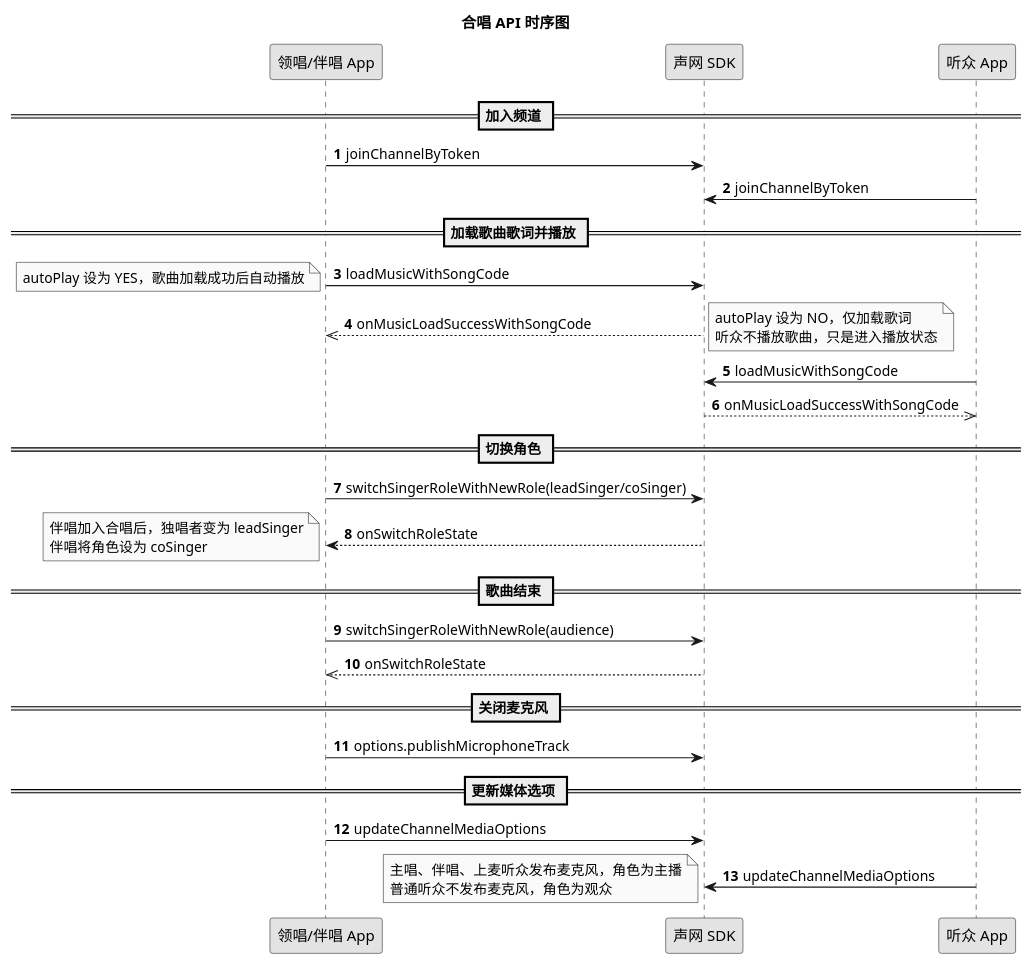
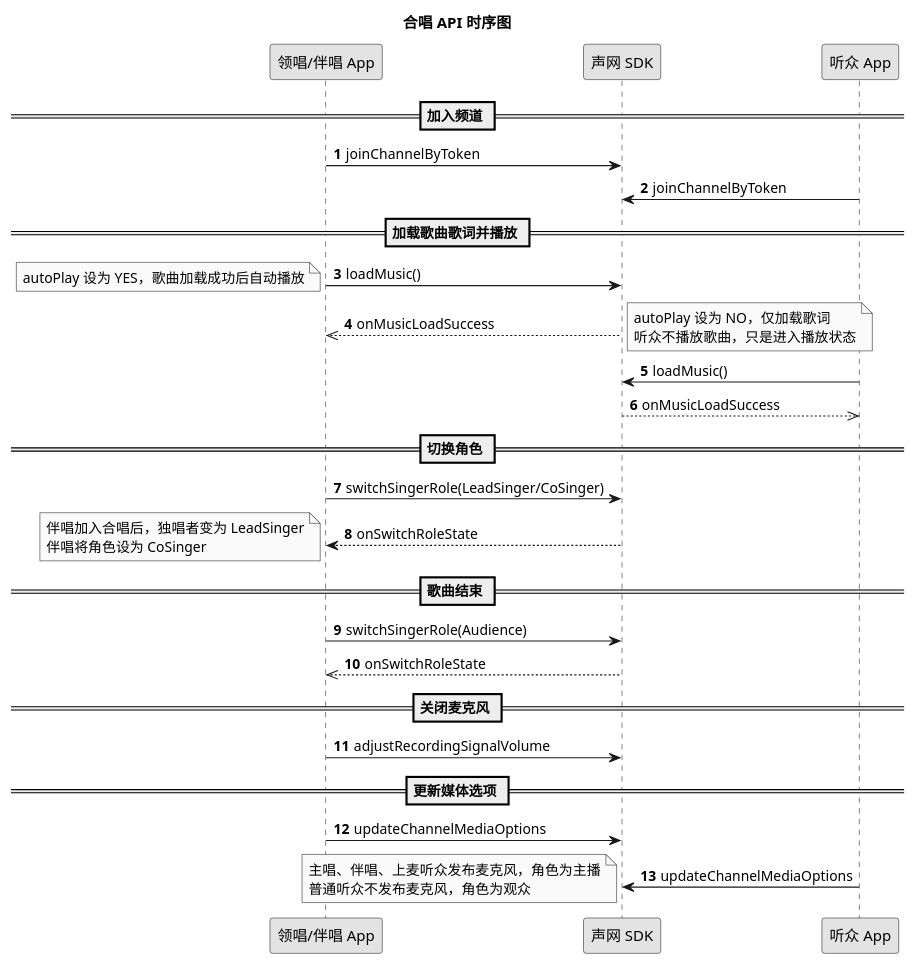
One commit to AgoraIO/agora_doc_source changed the diagram in markdown/online-ktv/改进/场景化方案/iOS/实现文档/合唱.wsd. Above: the diagram before and after it, drawn with PlantUML. The commit also changed 4 other files, not shown here.

```diff
--- a/markdown/online-ktv/改进/场景化方案/iOS/实现文档/合唱.wsd
+++ b/markdown/online-ktv/改进/场景化方案/iOS/实现文档/合唱.wsd
@@ -1,42 +1,42 @@
 @startuml
 title 合唱 API 时序图
 autonumber
 skinparam monochrome true
 participant "领唱/伴唱 App" as a
 participant "声网 SDK" as b
 participant "听众 App" as c
 == 加入频道 ==
 a -> b: joinChannelByToken
 c -> b: joinChannelByToken
 == 加载歌曲歌词并播放 ==
-a -> b: loadMusicWithSongCode
+a -> b: loadMusic()
 note left
 autoPlay 设为 YES，歌曲加载成功后自动播放
 end note
-b -->> a: onMusicLoadSuccessWithSongCode
+b -->> a: onMusicLoadSuccess
 note right
 autoPlay 设为 NO，仅加载歌词
 听众不播放歌曲，只是进入播放状态
 end note
-c -> b: loadMusicWithSongCode
-b -->> c: onMusicLoadSuccessWithSongCode
+c -> b: loadMusic()
+b -->> c: onMusicLoadSuccess
 == 切换角色 ==
-a -> b:switchSingerRoleWithNewRole(leadSinger/coSinger)
+a -> b:switchSingerRole(LeadSinger/CoSinger)
 b --> a: onSwitchRoleState
 note left
-伴唱加入合唱后，独唱者变为 leadSinger
-伴唱将角色设为 coSinger
+伴唱加入合唱后，独唱者变为 LeadSinger
+伴唱将角色设为 CoSinger
 end note
 == 歌曲结束 ==
-a -> b: switchSingerRoleWithNewRole(audience)
+a -> b: switchSingerRole(Audience)
 b -->> a: onSwitchRoleState
 == 关闭麦克风 ==
-a -> b: options.publishMicrophoneTrack
+a -> b: adjustRecordingSignalVolume
 == 更新媒体选项 ==
 a -> b: updateChannelMediaOptions
 c -> b: updateChannelMediaOptions
 note left
 主唱、伴唱、上麦听众发布麦克风，角色为主播
 普通听众不发布麦克风，角色为观众
 end note
 @enduml
```
